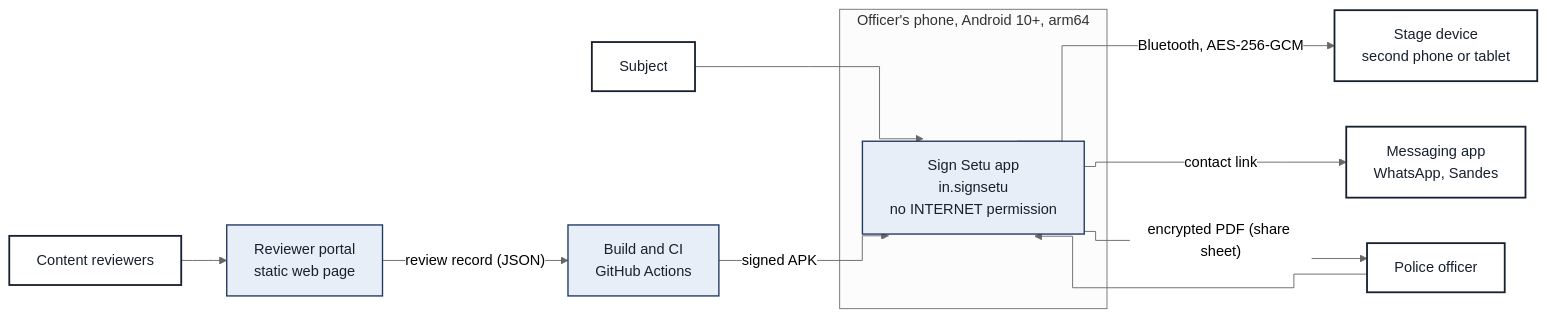
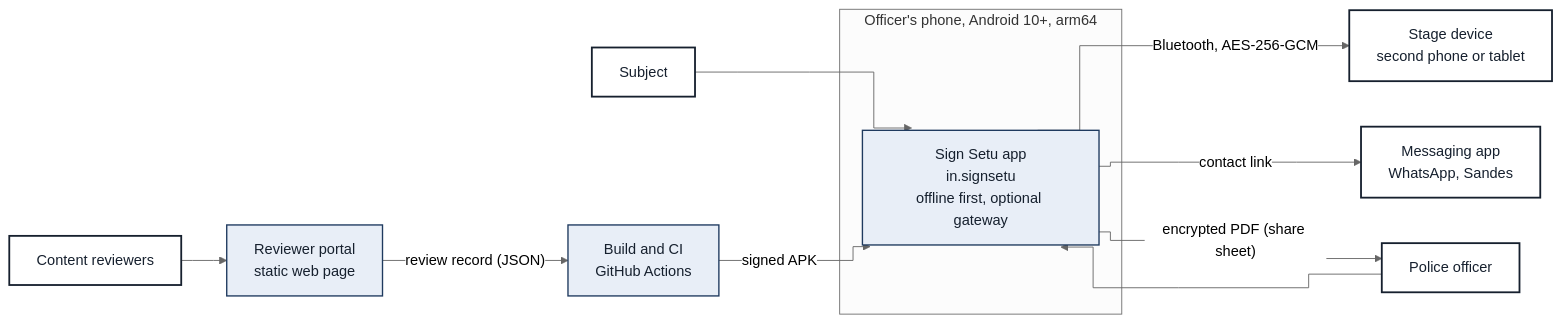
One commit to Yash-Awasthi/sign-setu changed the eighth of 17 diagrams in docs/README.md. Above: the diagram before and after it, drawn with Mermaid (neutral theme). The commit also changed other lines of this file and 135 other files, not shown here.

````diff
--- a/docs/README.md
+++ b/docs/README.md
@@ -639,26 +639,26 @@
 ```mermaid
 %%{init: {"flowchart": {"curve": "step"}}}%%
 flowchart LR
   subgraph SOfficers["Officer's phone, Android 10+, arm64"]
-    APP["Sign Setu app<br/>in.signsetu<br/>no INTERNET permission"]:::comp
+    APP["Sign Setu app<br/>in.signsetu<br/>offline first, optional gateway"]:::comp
   end
   OFF["Police officer"]:::ext
   SUB["Subject"]:::ext
   STG["Stage device<br/>second phone or tablet"]:::ext
   MSG["Messaging app<br/>WhatsApp, Sandes"]:::ext
   REV["Content reviewers"]:::ext
   PORTAL["Reviewer portal<br/>static web page"]:::comp
   CI["Build and CI<br/>GitHub Actions"]:::comp
   OFF --> APP
   SUB --> APP
   APP -- "Bluetooth, AES-256-GCM" --> STG
   APP -- "contact link" --> MSG
   APP -- "encrypted PDF (share sheet)" --> OFF
   REV --> PORTAL
   PORTAL -- "review record (JSON)" --> CI
   CI -- "signed APK" --> APP
   classDef ext fill:#ffffff,stroke:#16202e,stroke-width:2px,color:#16202e
   classDef comp fill:#e8eef7,stroke:#1f3a5f,stroke-width:1.5px,color:#16202e
   classDef data fill:#f3efe4,stroke:#6b5b2e,stroke-width:1.5px,color:#16202e
   classDef sec fill:#e9f1e8,stroke:#35603a,stroke-width:1.5px,color:#16202e
 ```
````
